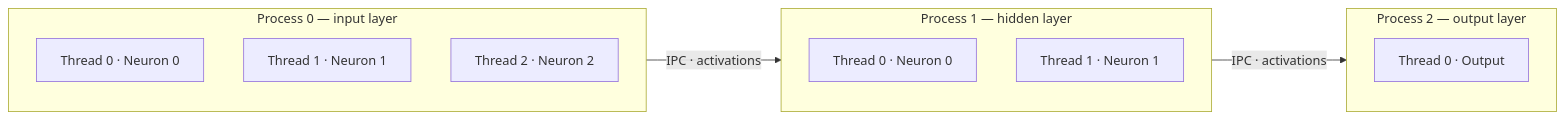
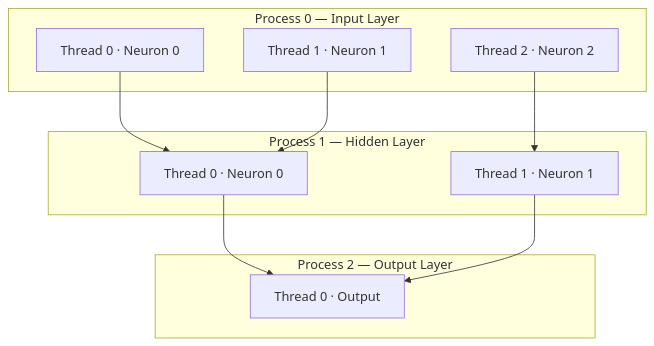
One commit to Syed-Abdul-Rehman-Nasir/Thread-based-multicore-neural-network changed the diagram in README.md. Above: the diagram before and after it, drawn with Mermaid.

````diff
--- a/README.md
+++ b/README.md
@@ -29,17 +29,24 @@
 ```mermaid
-graph LR
-    subgraph P0["Process 0 — input layer"]
+graph TD
+    subgraph P0["Process 0 — Input Layer"]
         T00["Thread 0 · Neuron 0"]
         T01["Thread 1 · Neuron 1"]
         T02["Thread 2 · Neuron 2"]
     end
-    subgraph P1["Process 1 — hidden layer"]
+
+    subgraph P1["Process 1 — Hidden Layer"]
         T10["Thread 0 · Neuron 0"]
         T11["Thread 1 · Neuron 1"]
     end
-    subgraph P2["Process 2 — output layer"]
+
+    subgraph P2["Process 2 — Output Layer"]
         T20["Thread 0 · Output"]
     end
-    P0 -->|"IPC · activations"| P1
-    P1 -->|"IPC · activations"| P2
+
+    T00 --> T10
+    T01 --> T10
+    T02 --> T11
+
+    T10 --> T20
+    T11 --> T20
 ```
````
